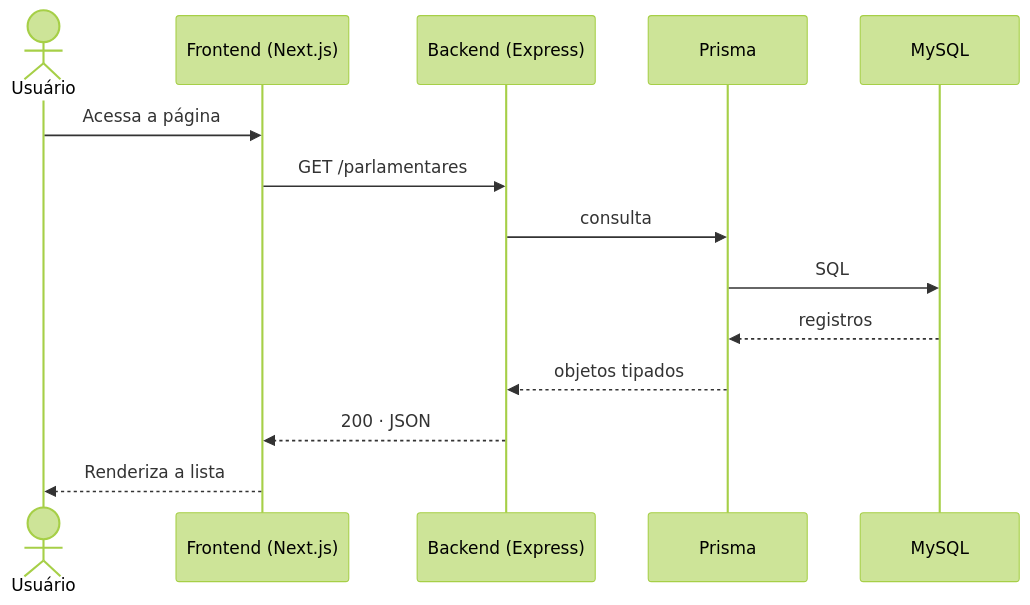
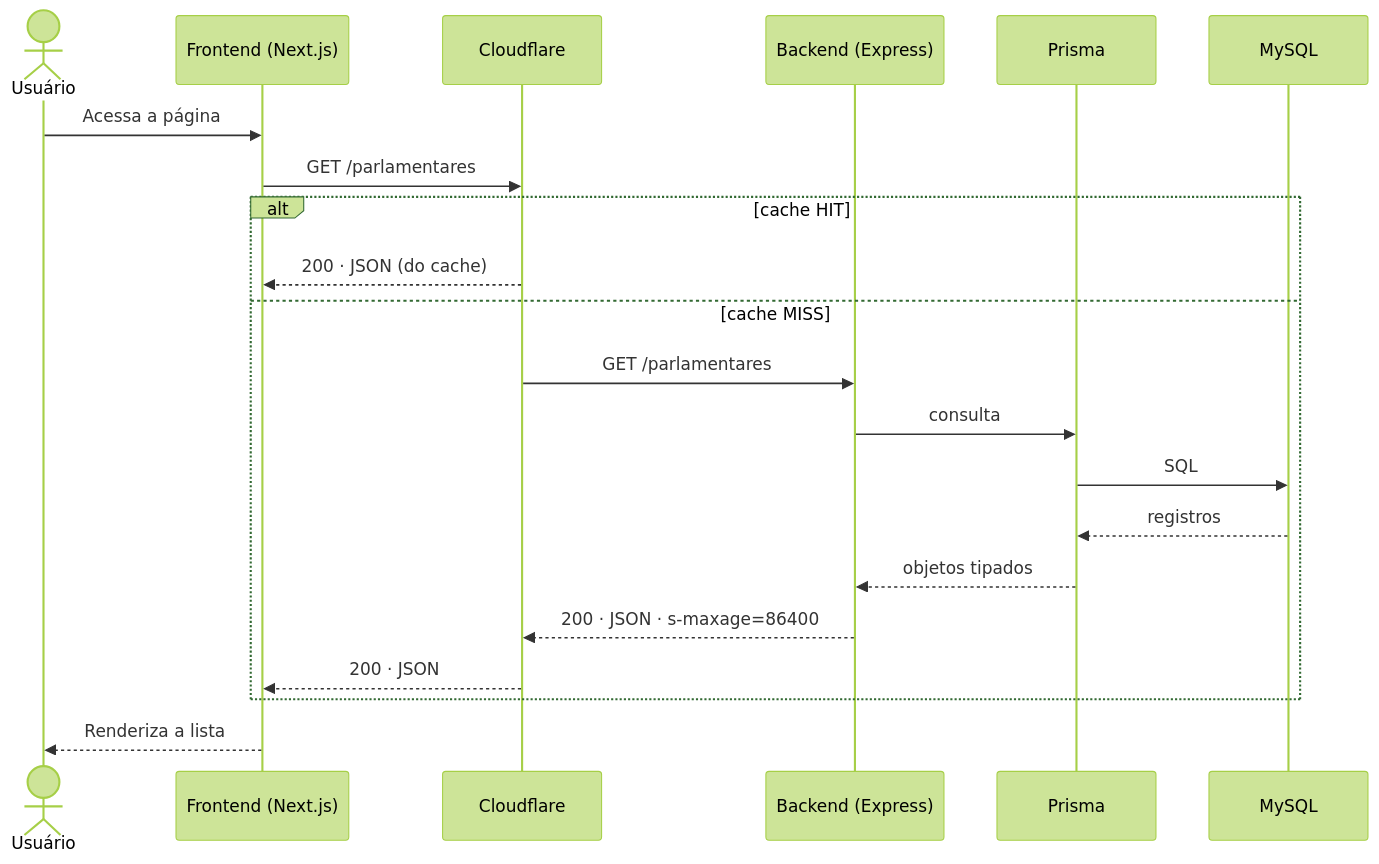
The eighth of 19 diagrams in diagramas.md (Projeto-Voto-Vivo/Documentacao), drawn with Mermaid (forest theme) before and after one commit. The commit also changed other lines of this file, not shown here.

Commit message:
update diagrams

````diff
--- a/diagramas.md
+++ b/diagramas.md
@@ -207,17 +289,24 @@
 ```mermaid
 sequenceDiagram
     actor U as Usuário
     participant FE as Frontend (Next.js)
+    participant CF as Cloudflare
     participant BE as Backend (Express)
     participant PR as Prisma
     participant DB as MySQL
 
     U->>FE: Acessa a página
-    FE->>BE: GET /parlamentares
-    BE->>PR: consulta
-    PR->>DB: SQL
-    DB-->>PR: registros
-    PR-->>BE: objetos tipados
-    BE-->>FE: 200 · JSON
+    FE->>CF: GET /parlamentares
+    alt cache HIT
+        CF-->>FE: 200 · JSON (do cache)
+    else cache MISS
+        CF->>BE: GET /parlamentares
+        BE->>PR: consulta
+        PR->>DB: SQL
+        DB-->>PR: registros
+        PR-->>BE: objetos tipados
+        BE-->>CF: 200 · JSON · s-maxage=86400
+        CF-->>FE: 200 · JSON
+    end
     FE-->>U: Renderiza a lista
 ```
````
